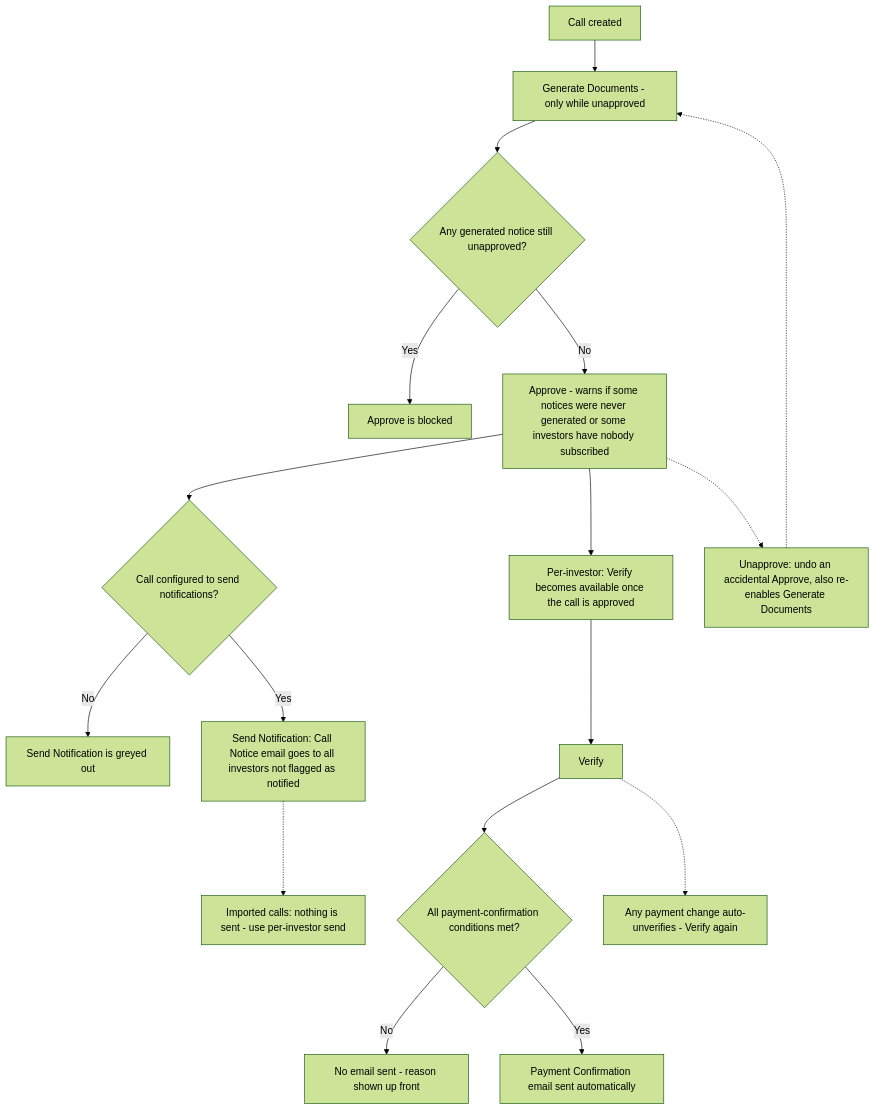
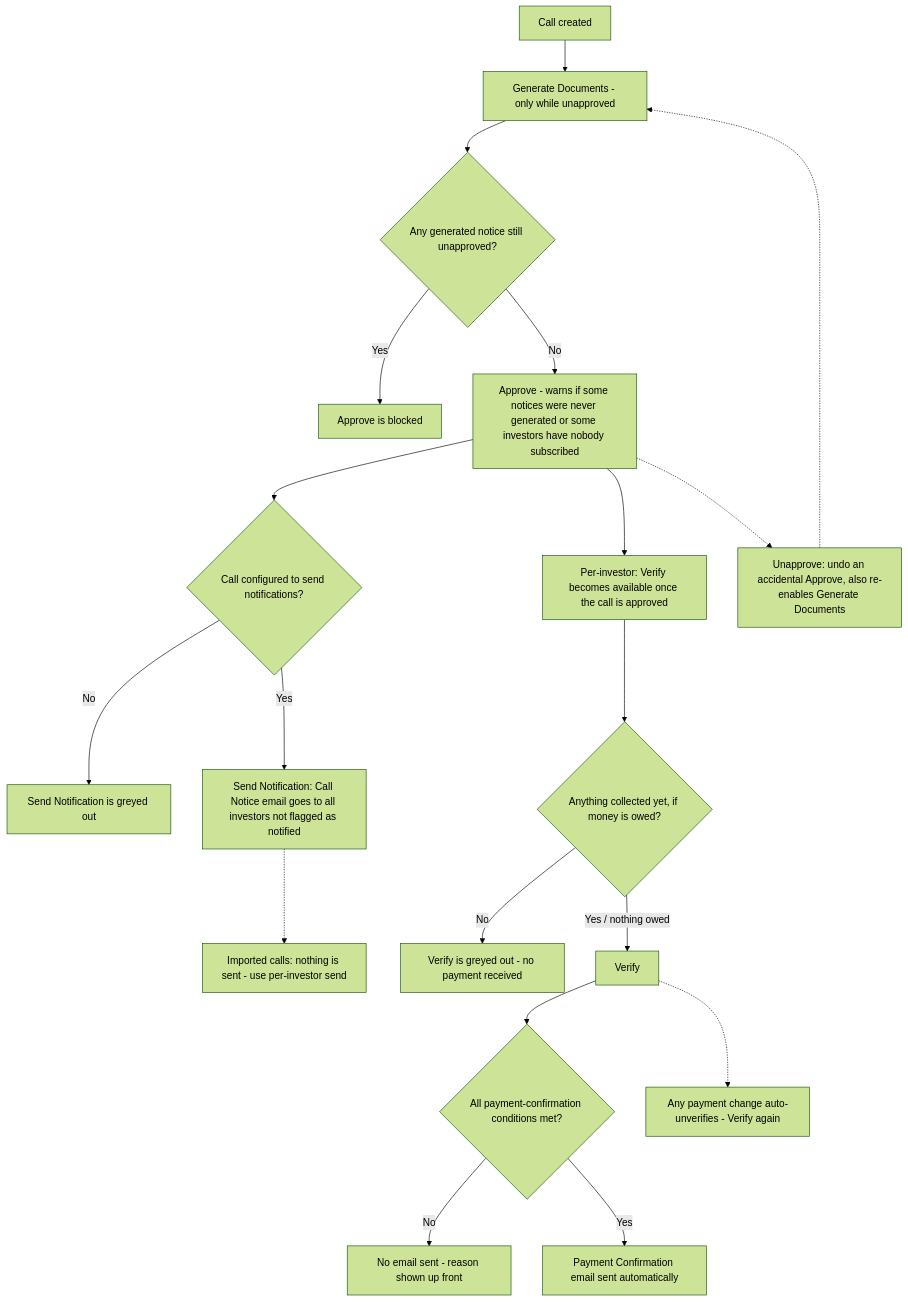
Before and after one commit to sampadadiwan/IRM_CompanyMain: the diagram in docs/user_guides/capital_call_actions_and_notifications_matrix.md, drawn with Mermaid (forest theme). The commit also changed other lines of this file and 77 other files, not shown here.

````diff
--- a/docs/user_guides/capital_call_actions_and_notifications_matrix.md
+++ b/docs/user_guides/capital_call_actions_and_notifications_matrix.md
@@ -63,19 +63,21 @@
 ```mermaid
 flowchart TD
     A[Call created] --> A1[Generate Documents - only while unapproved]
     A1 --> B{Any generated notice still unapproved?}
     B -- Yes --> B1[Approve is blocked]
     B -- No --> C[Approve - warns if some notices were never generated or some investors have nobody subscribed]
     C --> D{Call configured to send notifications?}
     D -- No --> D1[Send Notification is greyed out]
     D -- Yes --> E[Send Notification: Call Notice email goes to all investors not flagged as notified]
     E -.-> E1[Imported calls: nothing is sent - use per-investor send]
     C --> F[Per-investor: Verify becomes available once the call is approved]
-    F --> G[Verify]
+    F --> F1{Anything collected yet, if money is owed?}
+    F1 -- No --> F2[Verify is greyed out - no payment received]
+    F1 -- Yes / nothing owed --> G[Verify]
     G --> H{All payment-confirmation conditions met?}
     H -- No --> H1[No email sent - reason shown up front]
     H -- Yes --> I[Payment Confirmation email sent automatically]
     G -.-> G1[Any payment change auto-unverifies - Verify again]
     C -.-> J[Unapprove: undo an accidental Approve, also re-enables Generate Documents]
     J -.-> A1
 ```
````
